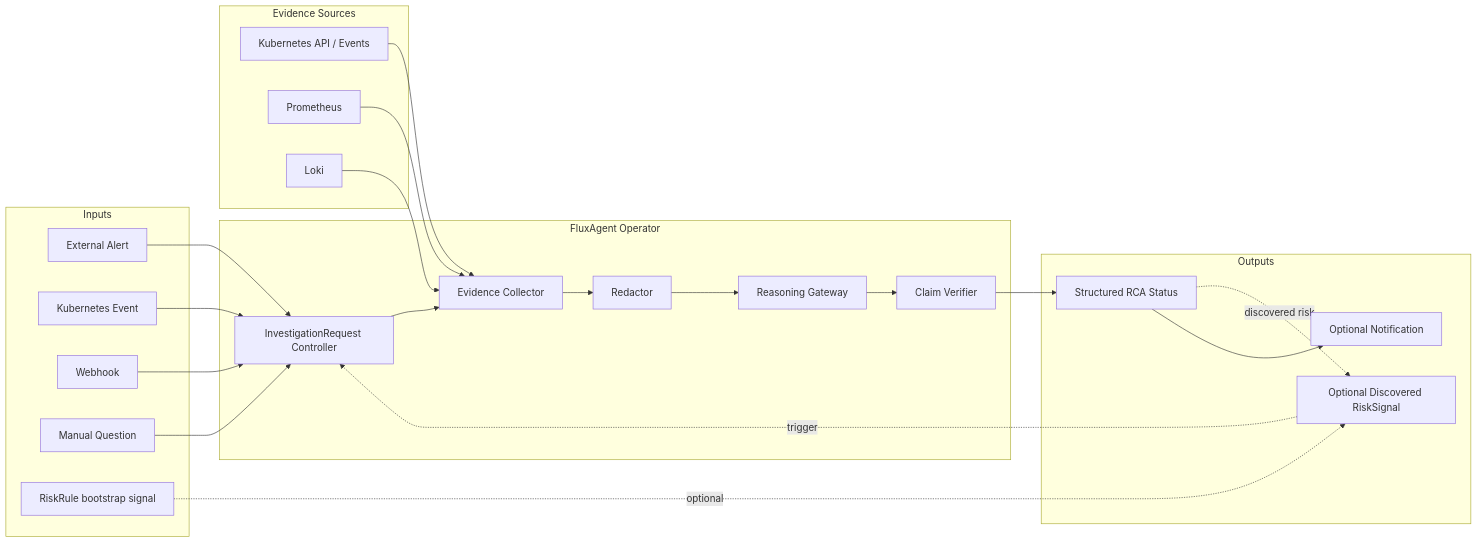
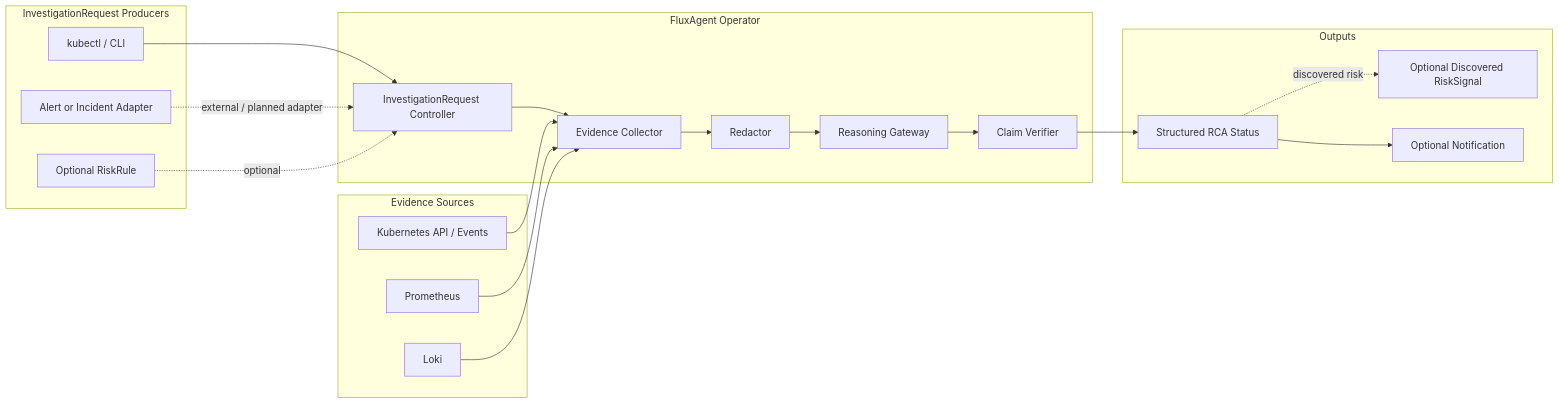
One commit to FluxSeer/fluxseer-rca changed the second of 2 diagrams in README.md. Above: the diagram before and after it, drawn with Mermaid. The commit also changed other lines of this file and 8 other files, not shown here.

````diff
--- a/README.md
+++ b/README.md
@@ -133,48 +156,43 @@
 ```mermaid
 flowchart LR
-    subgraph Inputs[Inputs]
-        Alert[External Alert]
-        Event[Kubernetes Event]
-        Webhook[Webhook]
-        Manual[Manual Question]
-        Rule[RiskRule bootstrap signal]
+    subgraph Producers[InvestigationRequest Producers]
+        Manual[kubectl / CLI]
+        External[Alert or Incident Adapter]
+        Rule[Optional RiskRule]
     end
 
     subgraph Operator[FluxAgent Operator]
         IR[InvestigationRequest Controller]
         Collector[Evidence Collector]
         Redactor[Redactor]
         Gateway[Reasoning Gateway]
         Verifier[Claim Verifier]
     end
 
     subgraph Sources[Evidence Sources]
         K8s[Kubernetes API / Events]
         Prom[Prometheus]
         Loki[Loki]
     end
 
     subgraph Outputs[Outputs]
         Status[Structured RCA Status]
         Risk[Optional Discovered RiskSignal]
         Notify[Optional Notification]
     end
 
-    Alert --> IR
-    Event --> IR
-    Webhook --> IR
     Manual --> IR
-    Rule -. optional .-> Risk
-    Risk -. trigger .-> IR
+    External -. external / planned adapter .-> IR
+    Rule -. optional .-> IR
 
     IR --> Collector
     K8s --> Collector
     Prom --> Collector
     Loki --> Collector
     Collector --> Redactor
     Redactor --> Gateway
     Gateway --> Verifier
     Verifier --> Status
     Status -. discovered risk .-> Risk
     Status --> Notify
 ```
````
